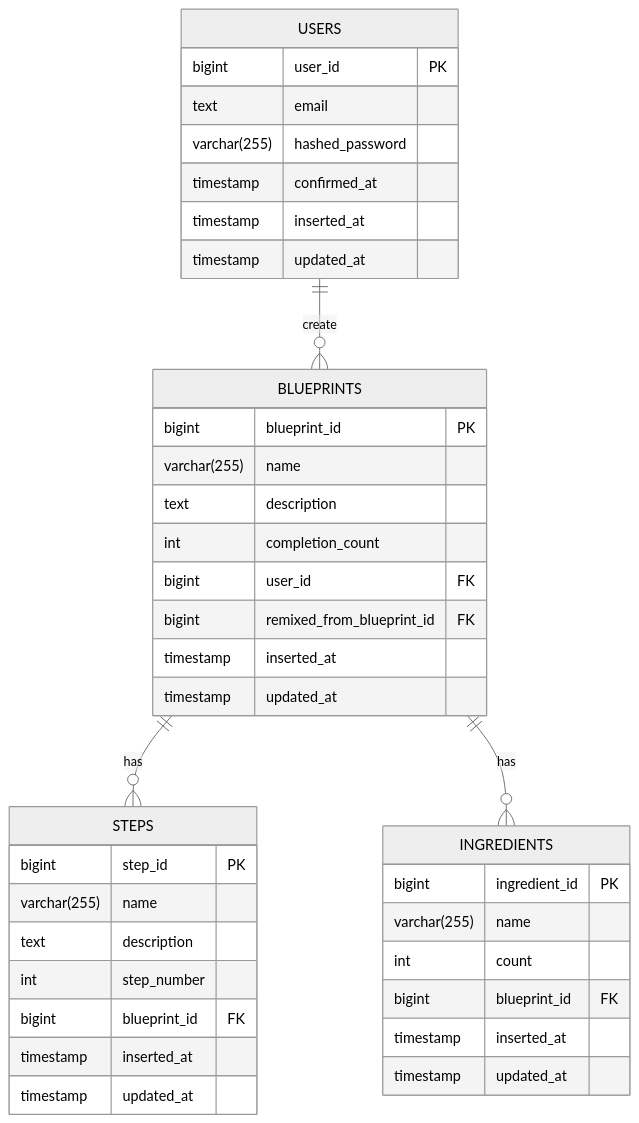
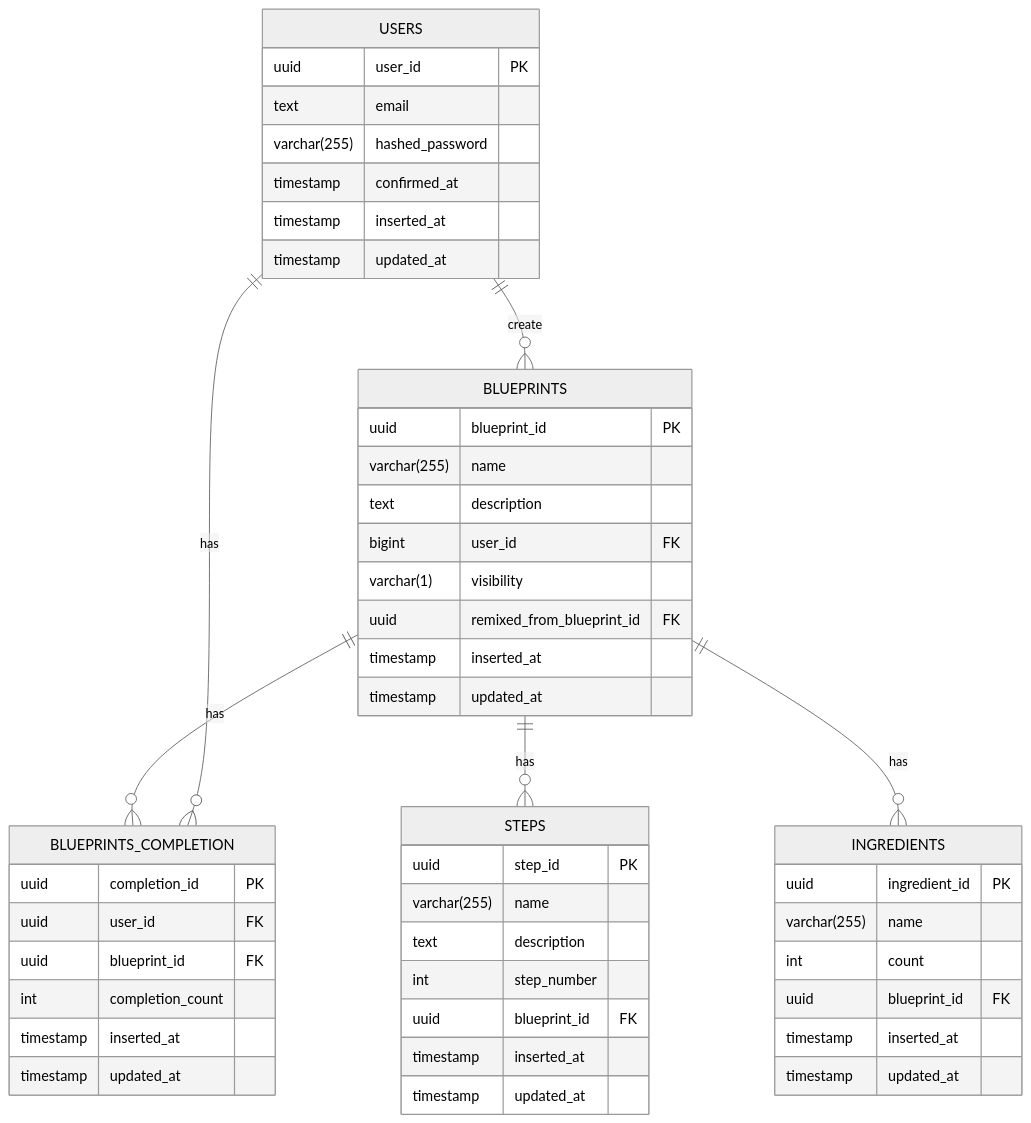
The diagram in README.md (m4hi2/taskchecklist), drawn with Mermaid (neutral theme) before and after one commit.

Commit message:
update readme with new erd

````diff
--- a/README.md
+++ b/README.md
@@ -14,41 +14,51 @@
 ```mermaid
 erDiagram
     USERS ||--o{ BLUEPRINTS : create
     USERS {
-        bigint user_id PK
+        uuid user_id PK
         text email
         varchar(255) hashed_password
         timestamp confirmed_at
         timestamp inserted_at
         timestamp updated_at
     }
     BLUEPRINTS {
-      bigint blueprint_id PK
+      uuid blueprint_id PK
       varchar(255) name
       text description
-      int completion_count
       bigint user_id FK
-      bigint remixed_from_blueprint_id FK
+      varchar(1) visibility
+      uuid remixed_from_blueprint_id FK
       timestamp inserted_at
       timestamp updated_at
     }
+    BLUEPRINTS ||--o{ BLUEPRINTS_COMPLETION : has
+    USERS ||--o{ BLUEPRINTS_COMPLETION : has
+    BLUEPRINTS_COMPLETION {
+        uuid completion_id PK
+        uuid user_id FK
+        uuid blueprint_id FK 
+        int completion_count
+        timestamp inserted_at
+        timestamp updated_at
+    }
     BLUEPRINTS ||--o{ STEPS : has
     STEPS {
-        bigint step_id PK
+        uuid step_id PK
         varchar(255) name
         text description
         int step_number
-        bigint blueprint_id FK
+        uuid blueprint_id FK
         timestamp inserted_at
         timestamp updated_at
     }
     BLUEPRINTS ||--o{ INGREDIENTS : has
     INGREDIENTS {
-        bigint ingredient_id PK
+        uuid ingredient_id PK
         varchar(255) name
         int count
-        bigint blueprint_id FK
+        uuid blueprint_id FK
         timestamp inserted_at
         timestamp updated_at
     }
 ```
````
